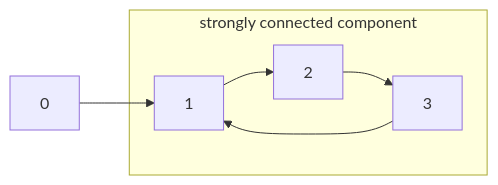
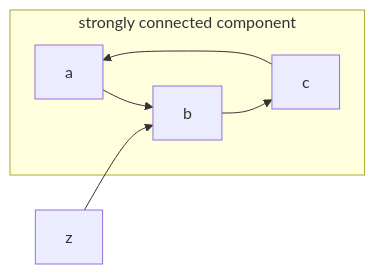
Before and after one commit to fellipessanha/tarjan-algo: the diagram in README.md, drawn with Mermaid. The commit also changed other lines of this file, not shown here.

````diff
--- a/README.md
+++ b/README.md
@@ -5,10 +5,10 @@
 ```mermaid
 graph LR;
   subgraph strongly connected component
-    1 --> 2;
-    2 --> 3;
-    3 --> 1;
+    a --> b;
+    b --> c;
+    c --> a;
   end
 
-  0 --> 1;
+  z --> b;
 ```
````
